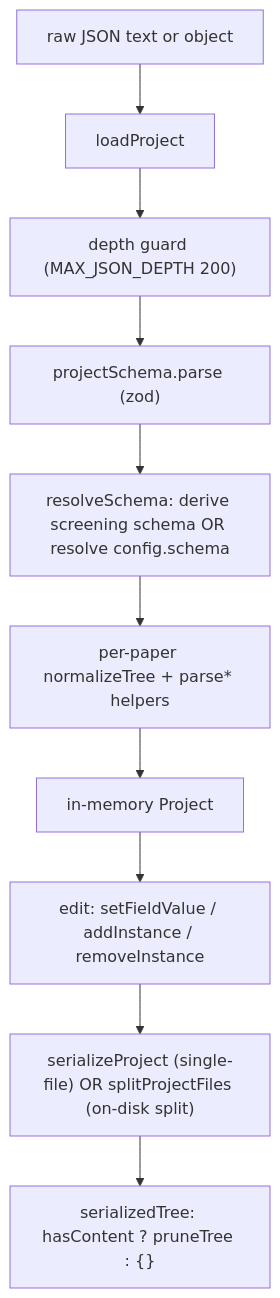
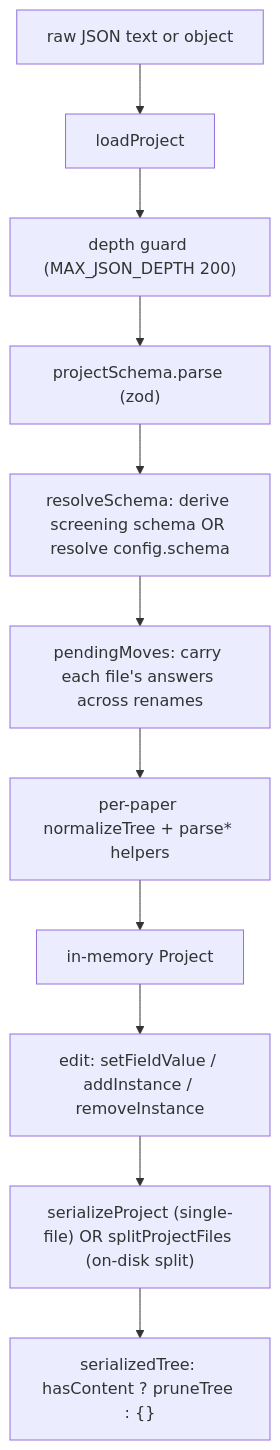
Before and after one commit to Gram21/SaiLoR: the diagram in openwiki/concepts/data-model.md, drawn with Mermaid. The commit also changed other lines of this file and 33 other files, not shown here.

````diff
--- a/openwiki/concepts/data-model.md
+++ b/openwiki/concepts/data-model.md
@@ -246,12 +367,13 @@
 ```mermaid
 flowchart TD
   A["raw JSON text or object"] --> B["loadProject"]
   B --> C["depth guard (MAX_JSON_DEPTH 200)"]
   C --> D["projectSchema.parse (zod)"]
   D --> E["resolveSchema: derive screening schema OR resolve config.schema"]
-  E --> F["per-paper normalizeTree + parse* helpers"]
-  F --> G["in-memory Project"]
-  G --> H["edit: setFieldValue / addInstance / removeInstance"]
-  H --> I["serializeProject (single-file) OR splitProjectFiles (on-disk split)"]
-  I --> J["serializedTree: hasContent ? pruneTree : {}"]
+  E --> F["pendingMoves: carry each file's answers across renames"]
+  F --> G["per-paper normalizeTree + parse* helpers"]
+  G --> H["in-memory Project"]
+  H --> I["edit: setFieldValue / addInstance / removeInstance"]
+  I --> J["serializeProject (single-file) OR splitProjectFiles (on-disk split)"]
+  J --> K["serializedTree: hasContent ? pruneTree : {}"]
 ```
````
